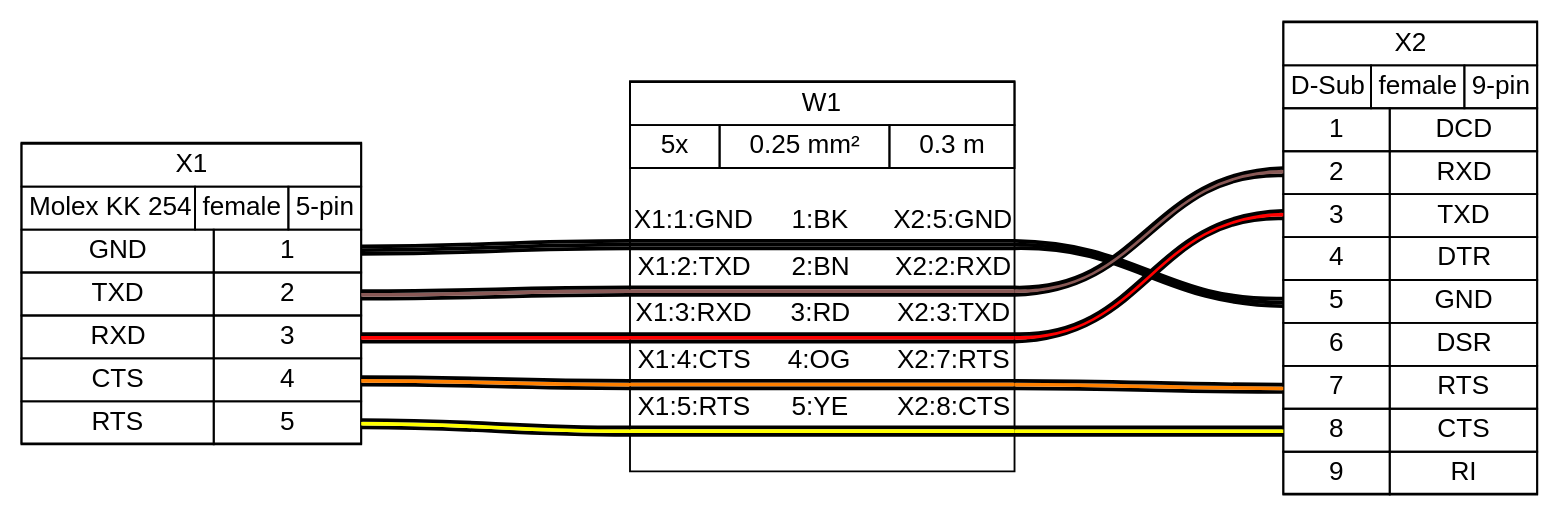
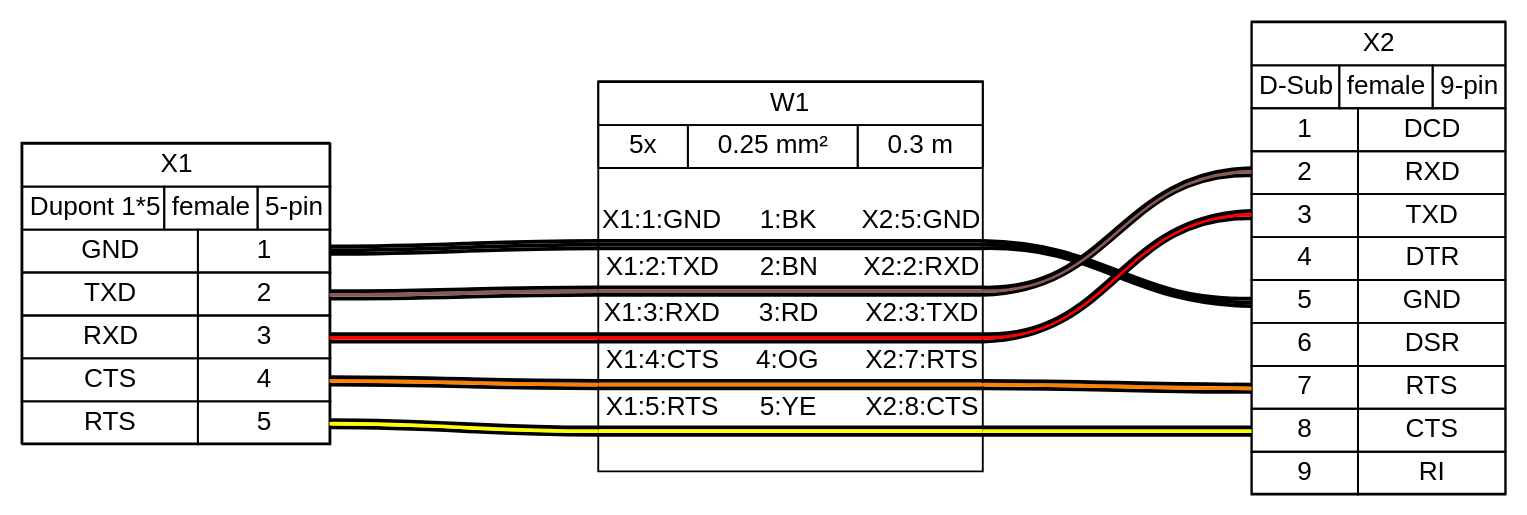
The diagram in YOGA_GPIB/Doc/uart-conn.gv (mschwingen/hardware), drawn with Graphviz before and after one commit. The commit also changed 19 other files, not shown here.

```diff
--- a/YOGA_GPIB/Doc/uart-conn.gv
+++ b/YOGA_GPIB/Doc/uart-conn.gv
@@ -69,7 +69,7 @@
  </td></tr>
  <tr><td>
   <table border="0" cellspacing="0" cellpadding="3" cellborder="1"><tr>
-   <td balign="left">Molex KK 254</td>
+   <td balign="left">Dupont 1*5</td>
    <td balign="left">female</td>
    <td balign="left">5-pin</td>
   </tr></table>
```
